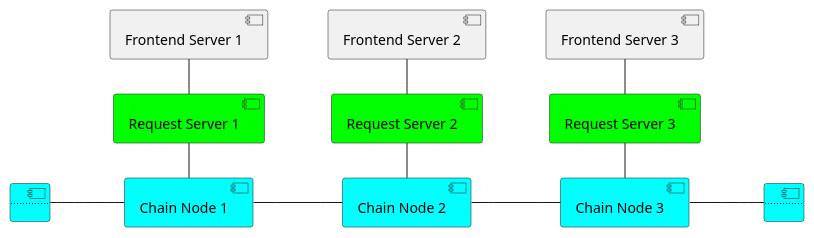
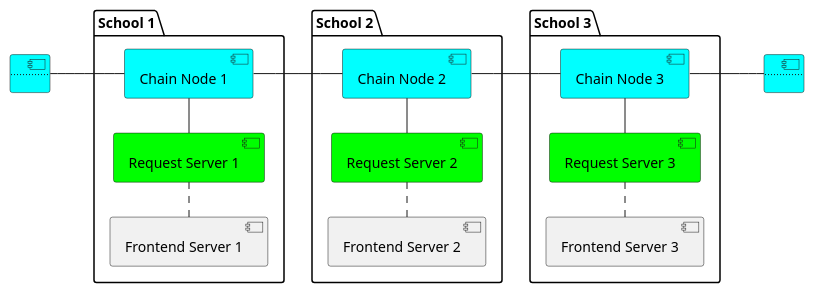
Before and after one commit to etases/EduBlock.Book: the fourth of 5 diagrams in DesignArticle.VI.md, drawn with PlantUML. The commit also changed other lines of this file, not shown here.

````diff
--- a/DesignArticle.VI.md
+++ b/DesignArticle.VI.md
@@ -50,34 +162,40 @@
-```{.plantuml caption="System architecture with BlockChain"}
+```{.plantuml caption="Hệ thống có áp dụng công nghệ dữ liệu phân tán" id="fig-decentralized"}
 @startuml
 
 left to right direction
 
+package "School 1" {
 component "Chain Node 1" as CN1 #Aqua
 component "Request Server 1" as RS1 #Lime
 component "Frontend Server 1" as FS1
 RS1 - CN1
-FS1 - RS1
+FS1 . RS1
+}
 
+package "School 2" {
 component "Chain Node 2" as CN2 #Aqua
 component "Request Server 2" as RS2 #Lime
 component "Frontend Server 2" as FS2
 RS2 - CN2
-FS2 - RS2
+FS2 . RS2
+}
 
+package "School 3" {
 component "Chain Node 3" as CN3 #Aqua
 component "Request Server 3" as RS3 #Lime
 component "Frontend Server 3" as FS3
 RS3 - CN3
-FS3 - RS3
+FS3 . RS3
+}
 
 component ".." as E1 #Aqua
 component ".." as E2 #Aqua
 
 CN1 -- CN2
 CN2 -- CN3
 
 E1 -- CN1
 CN3 -- E2
 
 @enduml
 ```
````
